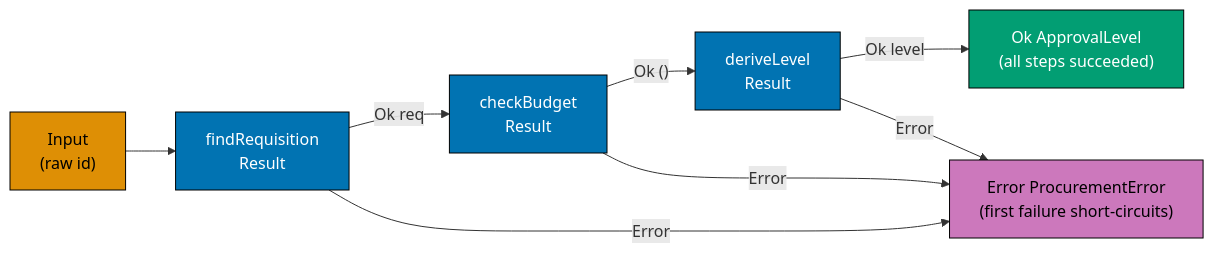
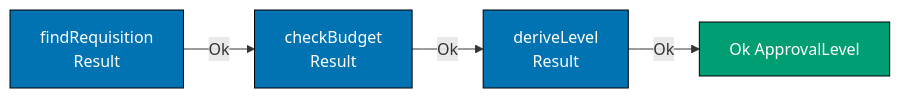
The fourth of 14 diagrams in apps/ayokoding-web/content/en/learn/software-engineering/software-architecture/domain-driven-design-ddd/in-fp-by-example/intermediate.md (wahidyankf/open-sharia-enterprise), drawn with Mermaid before and after one commit. The commit also changed other lines of this file and 11 other files, not shown here.

First line of the commit message:
fix(ayokoding-web): repair 28 mermaid violations in expansion files

````diff
--- a/apps/ayokoding-web/content/en/learn/software-engineering/software-architecture/domain-driven-design-ddd/in-fp-by-example/intermediate.md
+++ b/apps/ayokoding-web/content/en/learn/software-engineering/software-architecture/domain-driven-design-ddd/in-fp-by-example/intermediate.md
@@ -1040,24 +1053,16 @@
 ```mermaid
 graph LR
-    Input["Input\n(raw id)"]
     S1["findRequisition\nResult<Req, Err>"]
     S2["checkBudget\nResult<unit, Err>"]
     S3["deriveLevel\nResult<Level, Err>"]
-    OkOut["Ok ApprovalLevel\n(all steps succeeded)"]
-    ErrOut["Error ProcurementError\n(first failure short-circuits)"]
+    OkOut["Ok ApprovalLevel"]
 
-    Input --> S1
-    S1 -- "Ok req" --> S2
-    S2 -- "Ok ()" --> S3
-    S3 -- "Ok level" --> OkOut
-    S1 -- "Error" --> ErrOut
-    S2 -- "Error" --> ErrOut
-    S3 -- "Error" --> ErrOut
+    S1 -- "Ok" --> S2
+    S2 -- "Ok" --> S3
+    S3 -- "Ok" --> OkOut
 
     style OkOut fill:#029E73,stroke:#000,color:#fff
-    style ErrOut fill:#CC78BC,stroke:#000,color:#000
-    style Input fill:#DE8F05,stroke:#000,color:#000
     style S1 fill:#0173B2,stroke:#000,color:#fff
     style S2 fill:#0173B2,stroke:#000,color:#fff
     style S3 fill:#0173B2,stroke:#000,color:#fff
 ```
````
